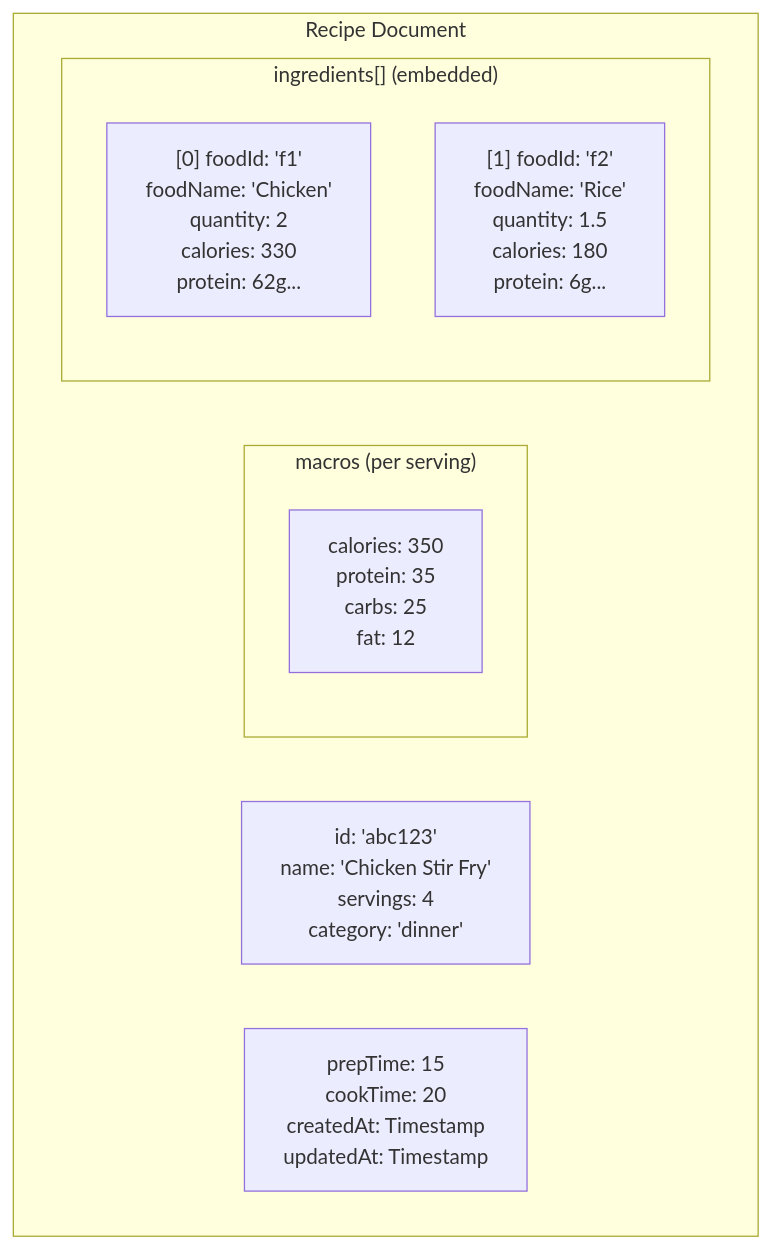
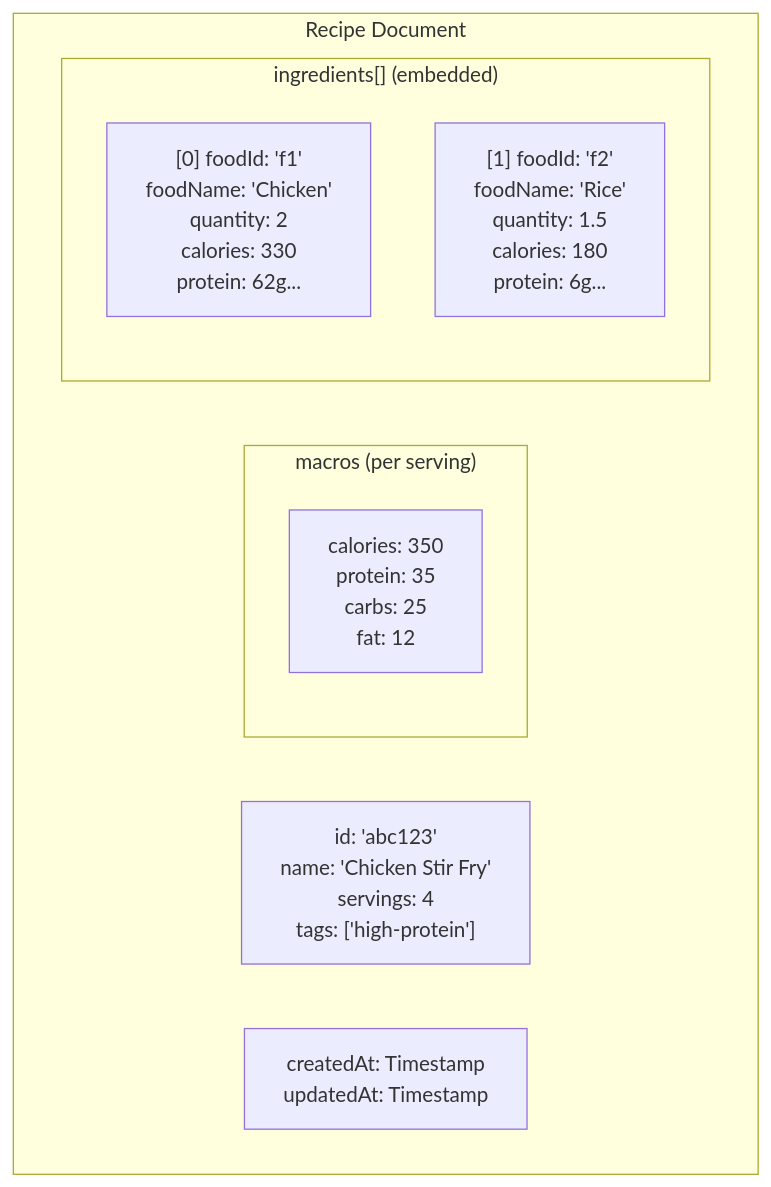
Diagram 16 of 26 in doc/recipes-design.md (TimothyYao/meal-planning), drawn with Mermaid before and after one commit. The commit also changed other lines of this file, not shown here.

````diff
--- a/doc/recipes-design.md
+++ b/doc/recipes-design.md
@@ -531,17 +523,17 @@
 ```mermaid
 flowchart TB
     subgraph RecipeDoc["Recipe Document"]
-        Meta["id: 'abc123'<br/>name: 'Chicken Stir Fry'<br/>servings: 4<br/>category: 'dinner'"]
+        Meta["id: 'abc123'<br/>name: 'Chicken Stir Fry'<br/>servings: 4<br/>tags: ['high-protein']"]
         
         subgraph Macros["macros (per serving)"]
             M["calories: 350<br/>protein: 35<br/>carbs: 25<br/>fat: 12"]
         end
         
         subgraph Ingredients["ingredients[] (embedded)"]
             Ing1["[0] foodId: 'f1'<br/>foodName: 'Chicken'<br/>quantity: 2<br/>calories: 330<br/>protein: 62g..."]
             Ing2["[1] foodId: 'f2'<br/>foodName: 'Rice'<br/>quantity: 1.5<br/>calories: 180<br/>protein: 6g..."]
         end
         
-        Times["prepTime: 15<br/>cookTime: 20<br/>createdAt: Timestamp<br/>updatedAt: Timestamp"]
+        Times["createdAt: Timestamp<br/>updatedAt: Timestamp"]
     end
 ```
````
